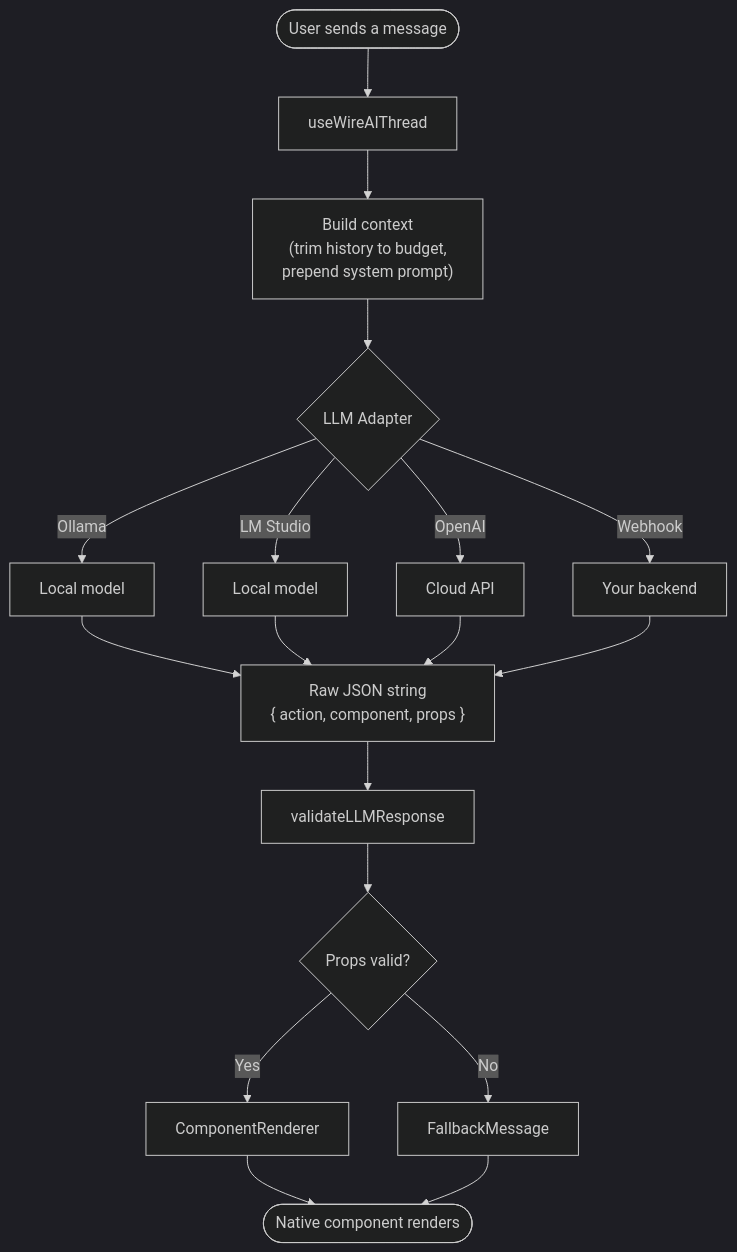
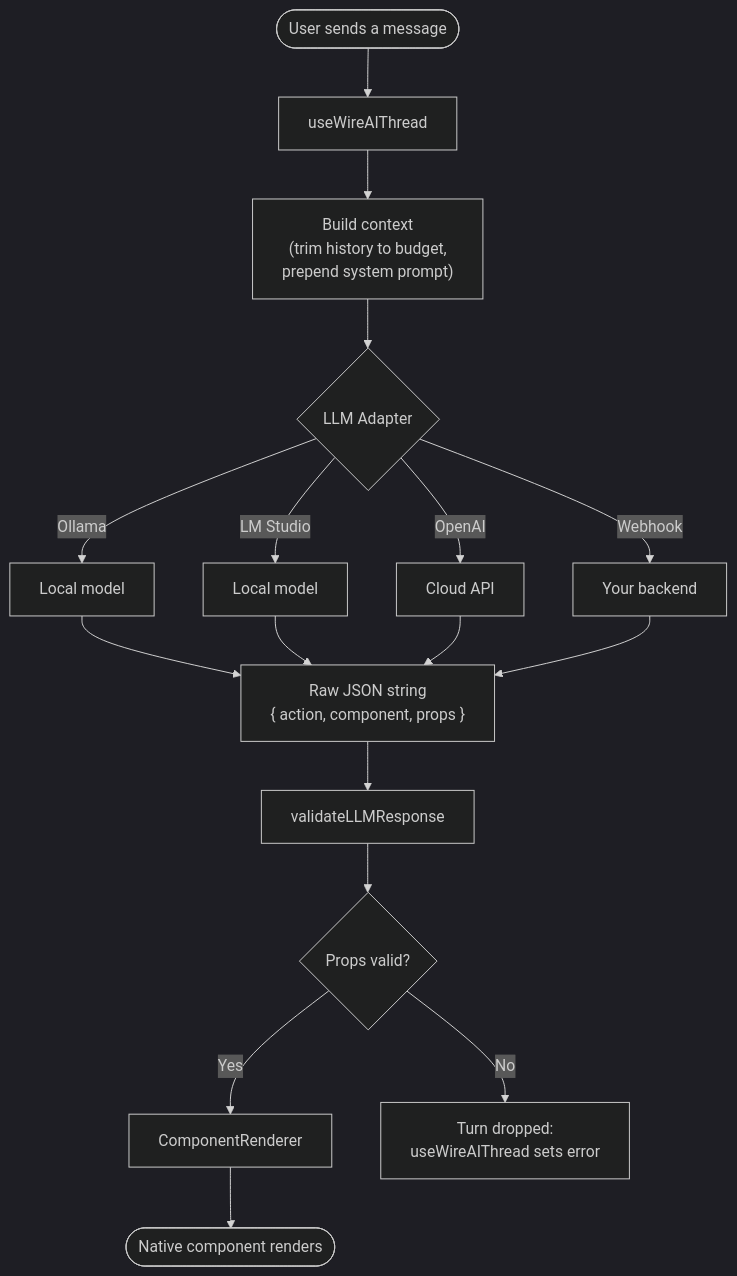
Before and after one commit to chohra-med/wireai-rn: the first of 7 diagrams in packages/core/README.md, drawn with Mermaid (dark theme). The commit also changed other lines of this file and 32 other files, not shown here.

````diff
--- a/packages/core/README.md
+++ b/packages/core/README.md
@@ -82,17 +82,16 @@
 ```mermaid
 flowchart TD
     A([User sends a message]) --> B[useWireAIThread]
     B --> C["Build context\n(trim history to budget,\nprepend system prompt)"]
     C --> D{LLM Adapter}
     D --> |Ollama| E1[Local model]
     D --> |LM Studio| E2[Local model]
     D --> |OpenAI| E3[Cloud API]
     D --> |Webhook| E4[Your backend]
     E1 & E2 & E3 & E4 --> F["Raw JSON string\n{ action, component, props }"]
     F --> G[validateLLMResponse]
     G --> H{Props valid?}
     H --> |Yes| I[ComponentRenderer]
-    H --> |No| J[FallbackMessage]
+    H --> |No| J["Turn dropped:\nuseWireAIThread sets error"]
     I --> K([Native component renders])
-    J --> K
 ```
````
